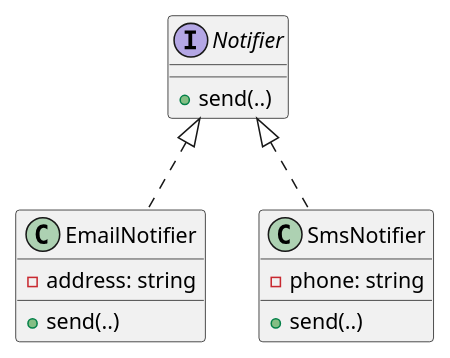
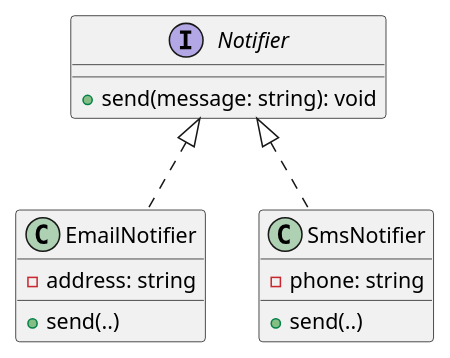
One commit to ubccpsc/210 changed the second of 5 diagrams in docs/part2/06_boundaries.md. Above: the diagram before and after it, drawn with PlantUML. The commit also changed other lines of this file and 5 other files, not shown here.

Commit message:
more diagram improvements; center diagrams (works locally, need to check with 210 prefix)

````diff
--- a/docs/part2/06_boundaries.md
+++ b/docs/part2/06_boundaries.md
@@ -122,16 +122,16 @@
 ```plantuml
 @startuml
 
 interface Notifier
 
 Notifier <|.. EmailNotifier
 Notifier <|.. SmsNotifier
 
-Notifier : +send(..)
+Notifier : +send(message: string): void
 EmailNotifier : -address: string 
 EmailNotifier : +send(..)
 SmsNotifier : -phone: string
 SmsNotifier : +send(..)
 
 @enduml
 ```
````
